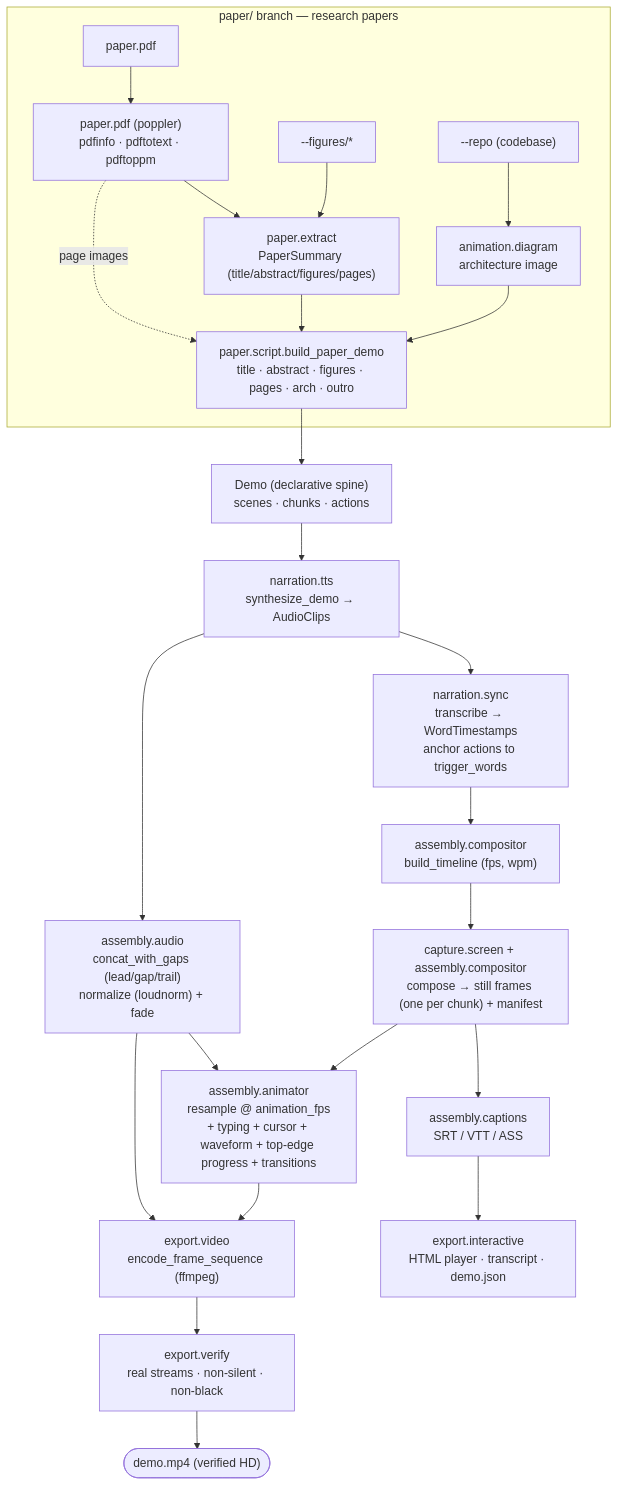
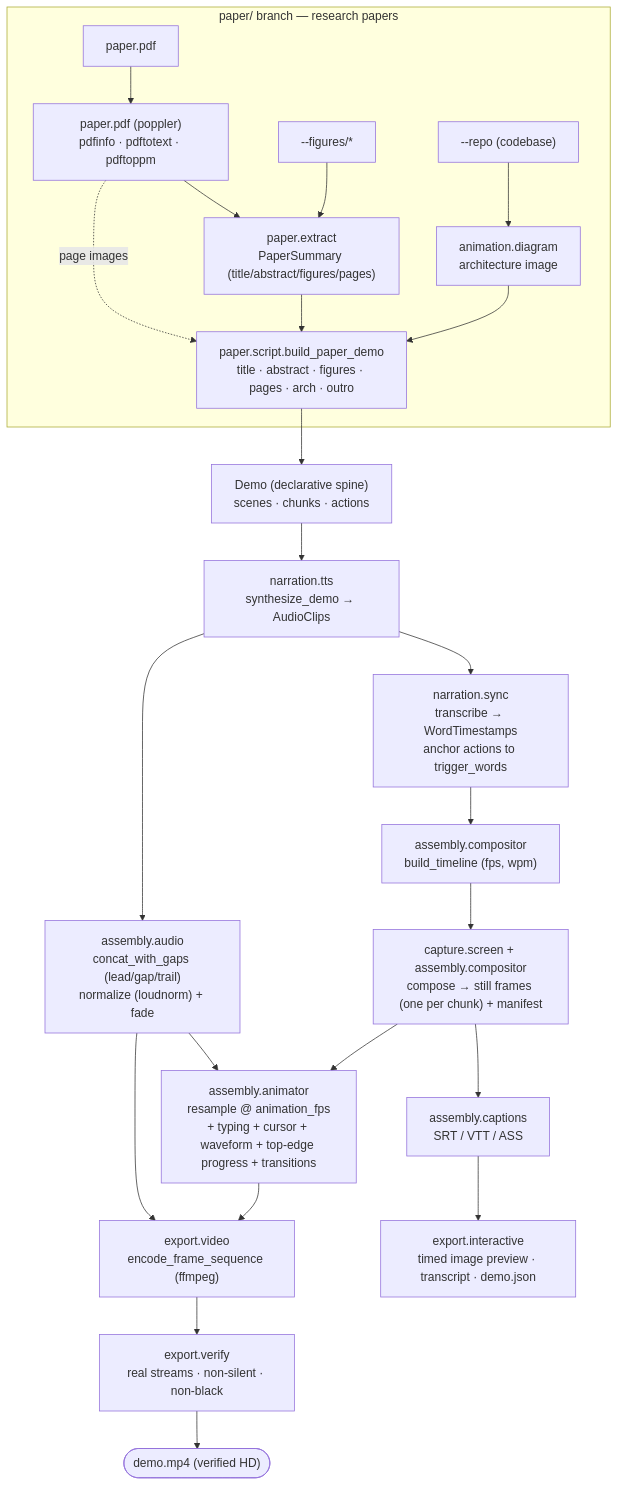
Before and after one commit to docxology/democreate: the diagram in docs/architecture.md, drawn with Mermaid. The commit also changed other lines of this file and 61 other files, not shown here.

Commit message:
Improve graphical abstracts, documentation structure and visual evidence

````diff
--- a/docs/architecture.md
+++ b/docs/architecture.md
@@ -74,32 +74,32 @@
 ```mermaid
 flowchart TB
     Demo["Demo (declarative spine)<br/>scenes · chunks · actions"]
     TTS["narration.tts<br/>synthesize_demo → AudioClips"]
     Sync["narration.sync<br/>transcribe → WordTimestamps<br/>anchor actions to trigger_words"]
     Timeline["assembly.compositor<br/>build_timeline (fps, wpm)"]
     Compose["capture.screen + assembly.compositor<br/>compose → still frames (one per chunk) + manifest"]
     Captions["assembly.captions<br/>SRT / VTT / ASS"]
-    Player["export.interactive<br/>HTML player · transcript · demo.json"]
+    Player["export.interactive<br/>timed image preview · transcript · demo.json"]
     Voiceover["assembly.audio<br/>concat_with_gaps (lead/gap/trail)<br/>normalize (loudnorm) + fade"]
     Animate["assembly.animator<br/>resample @ animation_fps<br/>+ typing + cursor + waveform + top-edge progress + transitions"]
     Encode["export.video<br/>encode_frame_sequence (ffmpeg)"]
     Verify["export.verify<br/>real streams · non-silent · non-black"]
     Video(["demo.mp4 (verified HD)"])
 
     Demo --> TTS --> Sync --> Timeline --> Compose --> Captions --> Player
     Compose --> Animate
     TTS --> Voiceover --> Animate
     Voiceover --> Encode
     Animate --> Encode --> Verify --> Video
 
     subgraph Paper["paper/ branch — research papers"]
         PDF["paper.pdf"] --> PdfMod["paper.pdf (poppler)<br/>pdfinfo · pdftotext · pdftoppm"]
         PdfMod --> Extract["paper.extract<br/>PaperSummary (title/abstract/figures/pages)"]
         Figs["--figures/*"] --> Extract
         Repo["--repo (codebase)"] --> Arch["animation.diagram<br/>architecture image"]
         Extract --> Script["paper.script.build_paper_demo<br/>title · abstract · figures · pages · arch · outro"]
         Arch --> Script
         PdfMod -. page images .-> Script
     end
     Script --> Demo
 ```
````
